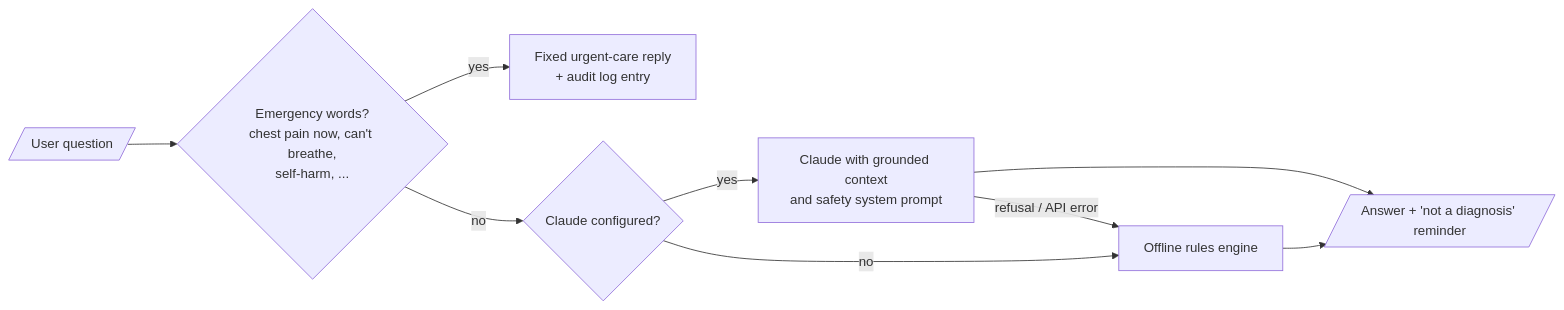
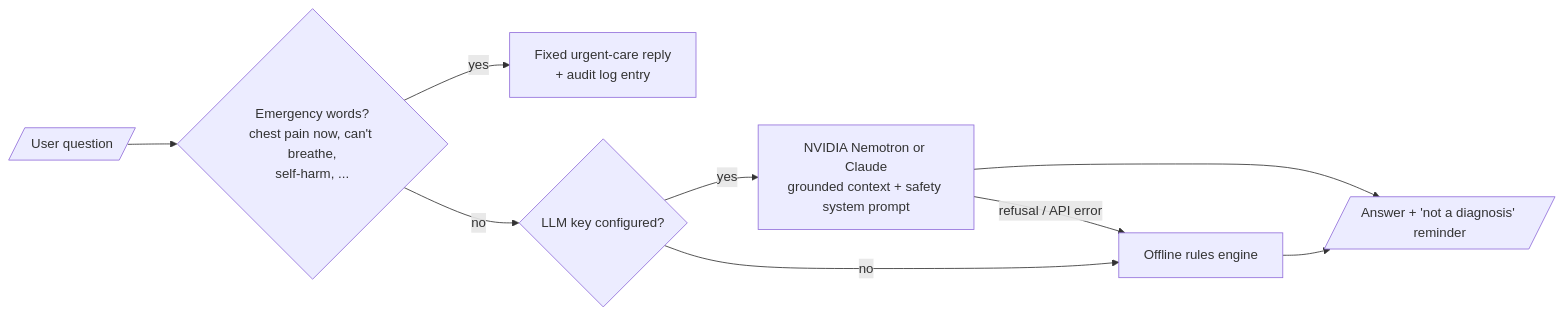
One commit to averif/Healthcare-Diagnosis changed the diagram in docs/07-frontend-and-assistant.md. Above: the diagram before and after it, drawn with Mermaid. The commit also changed other lines of this file and 15 other files, not shown here.

Commit message:
add: nvidia pi key

````diff
--- a/docs/07-frontend-and-assistant.md
+++ b/docs/07-frontend-and-assistant.md
@@ -38,11 +38,11 @@
 ```mermaid
 flowchart LR
     Q[/User question/] --> E{Emergency words?<br/>chest pain now, can't breathe,<br/>self-harm, ...}
     E -- yes --> S[Fixed urgent-care reply<br/>+ audit log entry]
-    E -- no --> C{Claude configured?}
-    C -- yes --> L[Claude with grounded context<br/>and safety system prompt]
+    E -- no --> C{LLM key configured?}
+    C -- yes --> L[NVIDIA Nemotron or Claude<br/>grounded context + safety system prompt]
     L -- refusal / API error --> R
     C -- no --> R[Offline rules engine]
     L --> A[/Answer + 'not a diagnosis' reminder/]
     R --> A
 ```
````
